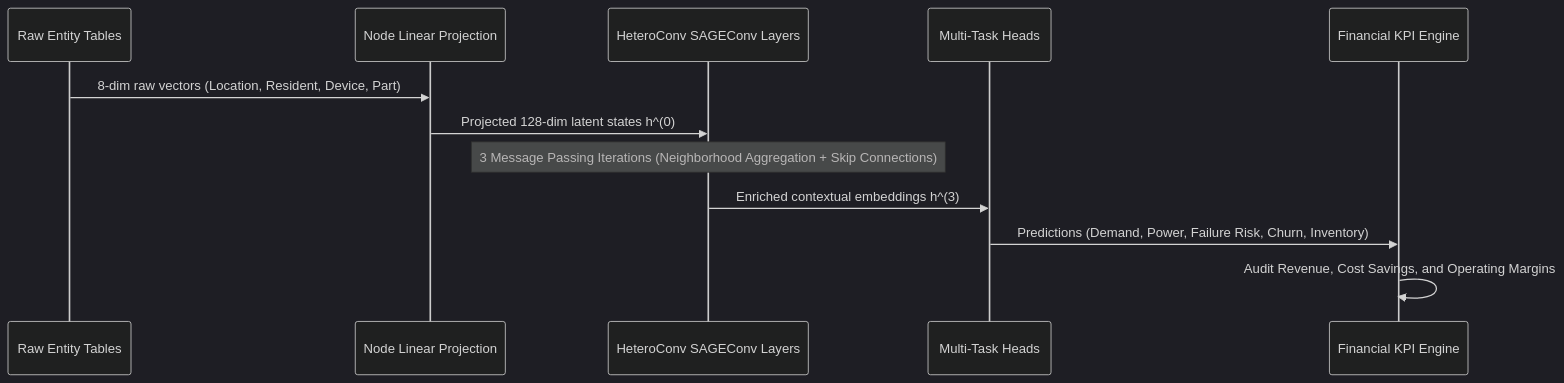
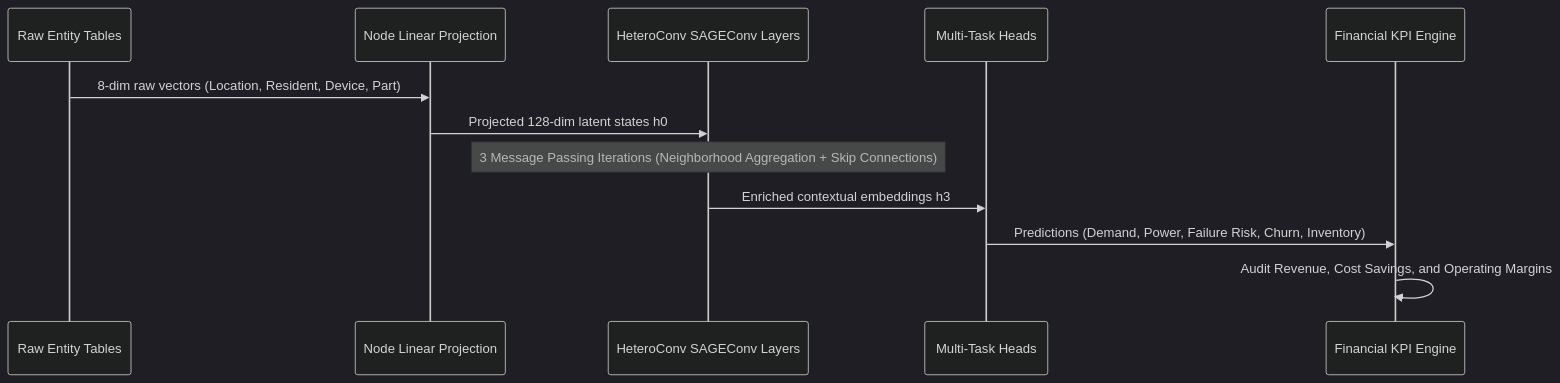
Before and after one commit to AnimeshBasak-14/SmartHVAC: the second of 4 diagrams in docs/GML_FOUNDATIONS_WHAT_WHY_HOW_WHERE.md, drawn with Mermaid (dark theme). The commit also changed other lines of this file and 51 other files, not shown here.

````diff
--- a/docs/GML_FOUNDATIONS_WHAT_WHY_HOW_WHERE.md
+++ b/docs/GML_FOUNDATIONS_WHAT_WHY_HOW_WHERE.md
@@ -59,15 +62,15 @@
 ```mermaid
 sequenceDiagram
     participant Raw as Raw Entity Tables
     participant Proj as Node Linear Projection
     participant MP as HeteroConv SAGEConv Layers
     participant Heads as Multi-Task Heads
     participant Fin as Financial KPI Engine
 
     Raw->>Proj: 8-dim raw vectors (Location, Resident, Device, Part)
-    Proj->>MP: Projected 128-dim latent states h^(0)
+    Proj->>MP: Projected 128-dim latent states h0
     Note over MP: 3 Message Passing Iterations (Neighborhood Aggregation + Skip Connections)
-    MP->>Heads: Enriched contextual embeddings h^(3)
+    MP->>Heads: Enriched contextual embeddings h3
     Heads->>Fin: Predictions (Demand, Power, Failure Risk, Churn, Inventory)
     Fin->>Fin: Audit Revenue, Cost Savings, and Operating Margins
 ```
````
